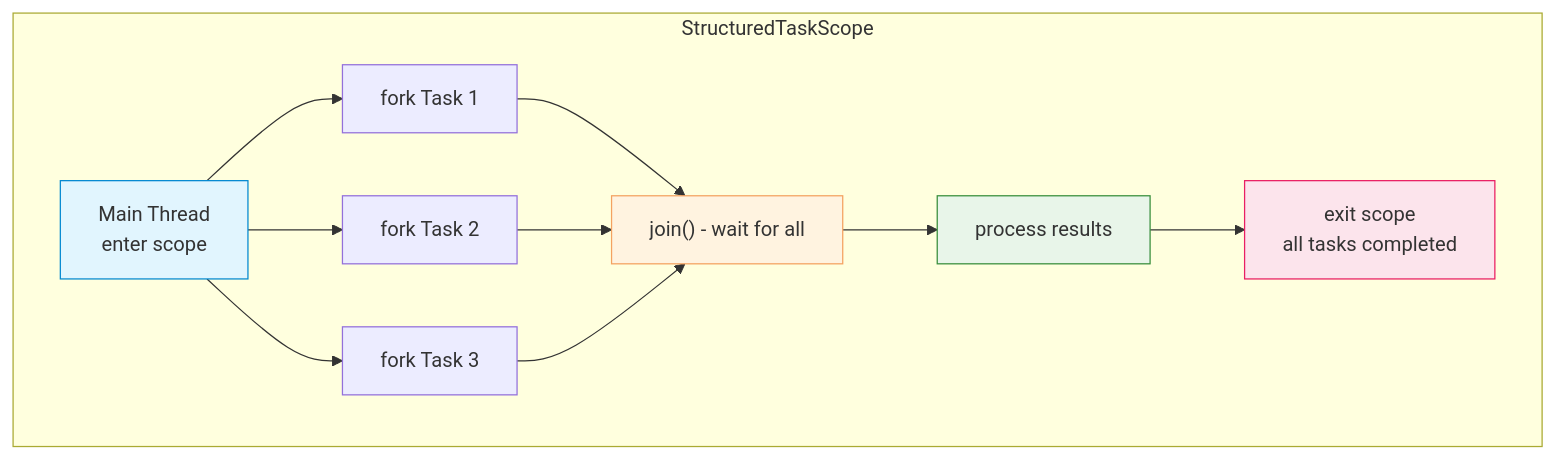
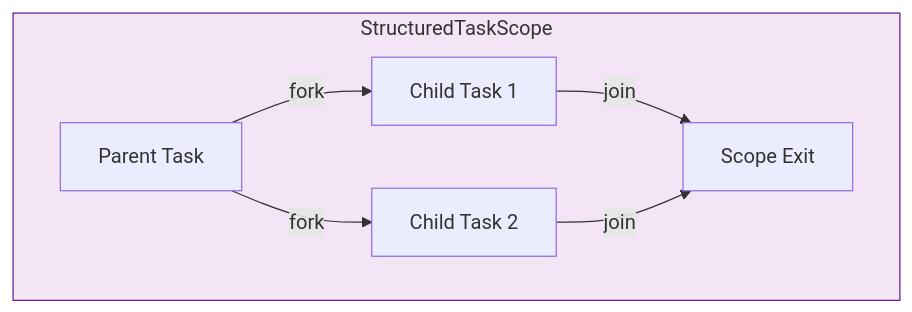
Diagram 13 of 16 in docs/languages/java/index.md (akardapolov/software-atlas), drawn with Mermaid before and after one commit. The commit also changed other lines of this file and 13 other files, not shown here.

````diff
--- a/docs/languages/java/index.md
+++ b/docs/languages/java/index.md
@@ -1452,30 +430,9 @@
 ```mermaid
 flowchart TD
     subgraph Scope["StructuredTaskScope"]
-        Start["Main Thread<br/>enter scope"]
-        Fork1["fork Task 1"]
-        Fork2["fork Task 2"]
-        Fork3["fork Task 3"]
-
-        Join["join() - wait for all"]
-        Process["process results"]
-
-        Start --> Fork1
-        Start --> Fork2
-        Start --> Fork3
-
-        Fork1 --> Join
-        Fork2 --> Join
-        Fork3 --> Join
-
-        Join --> Process
-
-        Exit["exit scope<br/>all tasks completed"]
-        Process --> Exit
+        Parent["Parent Task"] -->|fork| Child1["Child Task 1"]
+        Parent -->|fork| Child2["Child Task 2"]
+        Child1 & Child2 -->|join| Exit["Scope Exit"]
     end
-
-    style Start fill:#e1f5fe,stroke:#0288d1
-    style Join fill:#fff3e0,stroke:#f4a261
-    style Process fill:#e8f5e9,stroke:#388e3c
-    style Exit fill:#fce4ec,stroke:#e91e63
+    style Scope fill:#f3e5f5,stroke:#6a1b9a
 ```
````
